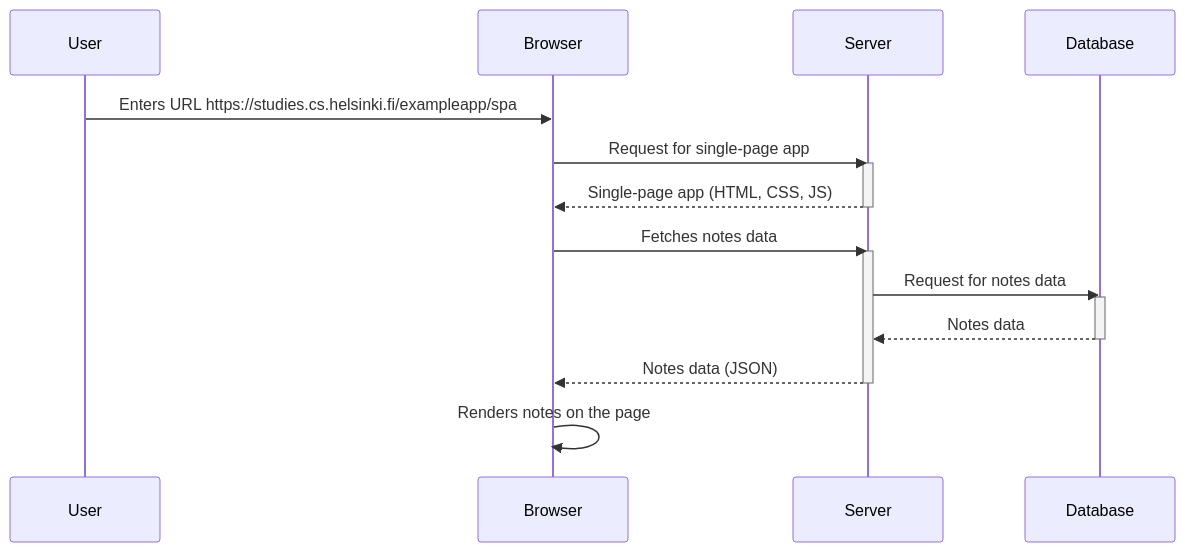
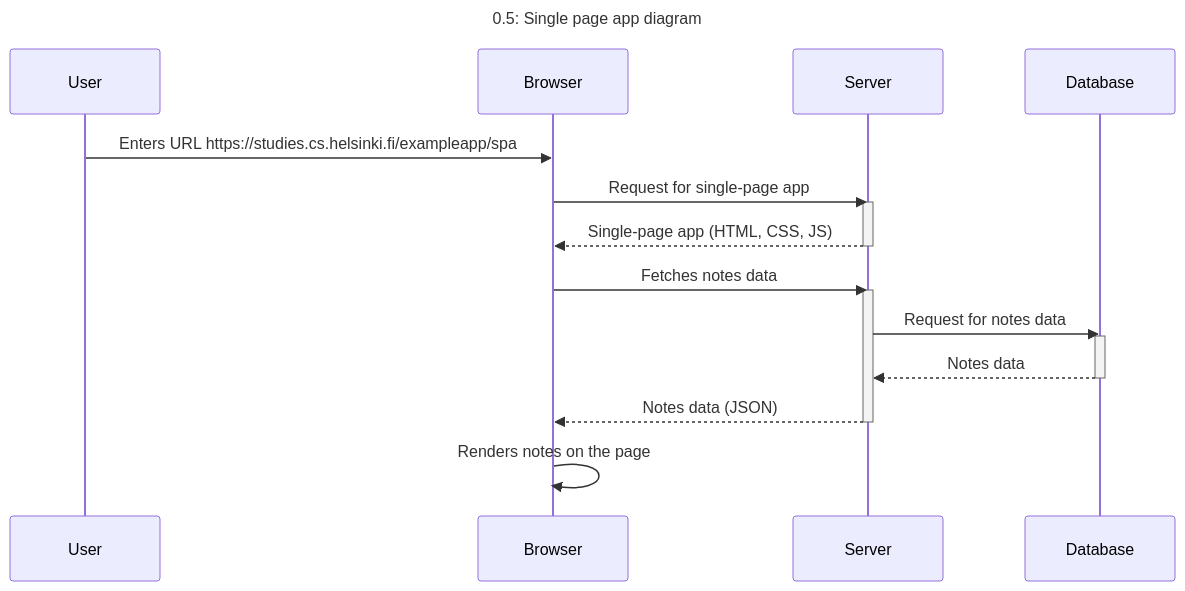
The diagram in part0/singlePageAppDiagram.md (mesfin-2/Fullstackopen-2024), drawn with Mermaid before and after one commit.

````diff
--- a/part0/singlePageAppDiagram.md
+++ b/part0/singlePageAppDiagram.md
@@ -1,22 +1,23 @@
 ```mermaid
 sequenceDiagram
+    title 0.5: Single page app diagram
     participant User
     participant Browser
     participant Server
     participant Database
 
     User->>Browser: Enters URL https://studies.cs.helsinki.fi/exampleapp/spa
     Browser->>Server: Request for single-page app
     activate Server
     Server-->>Browser: Single-page app (HTML, CSS, JS)
     deactivate Server
     Browser->>Server: Fetches notes data
     activate Server
     Server->>Database: Request for notes data
     activate Database
     Database-->>Server: Notes data
     deactivate Database
     Server-->>Browser: Notes data (JSON)
     deactivate Server
     Browser->>Browser: Renders notes on the page
 ```
````
